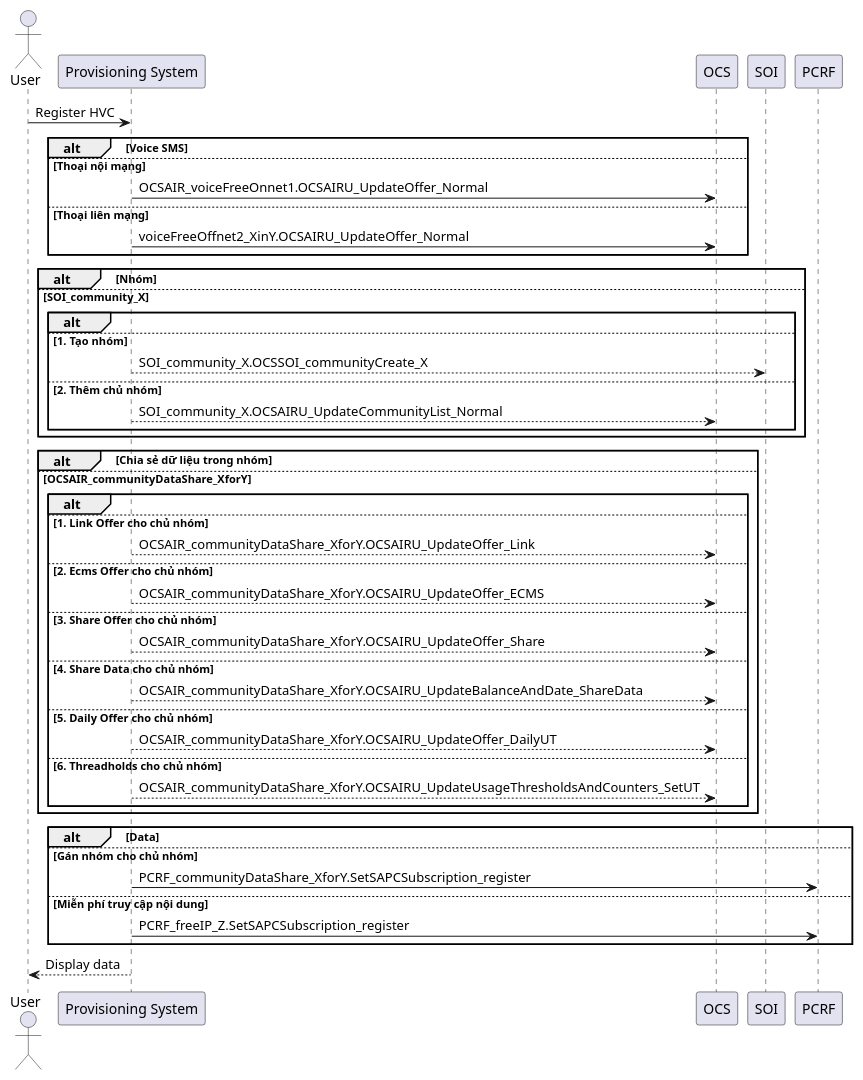
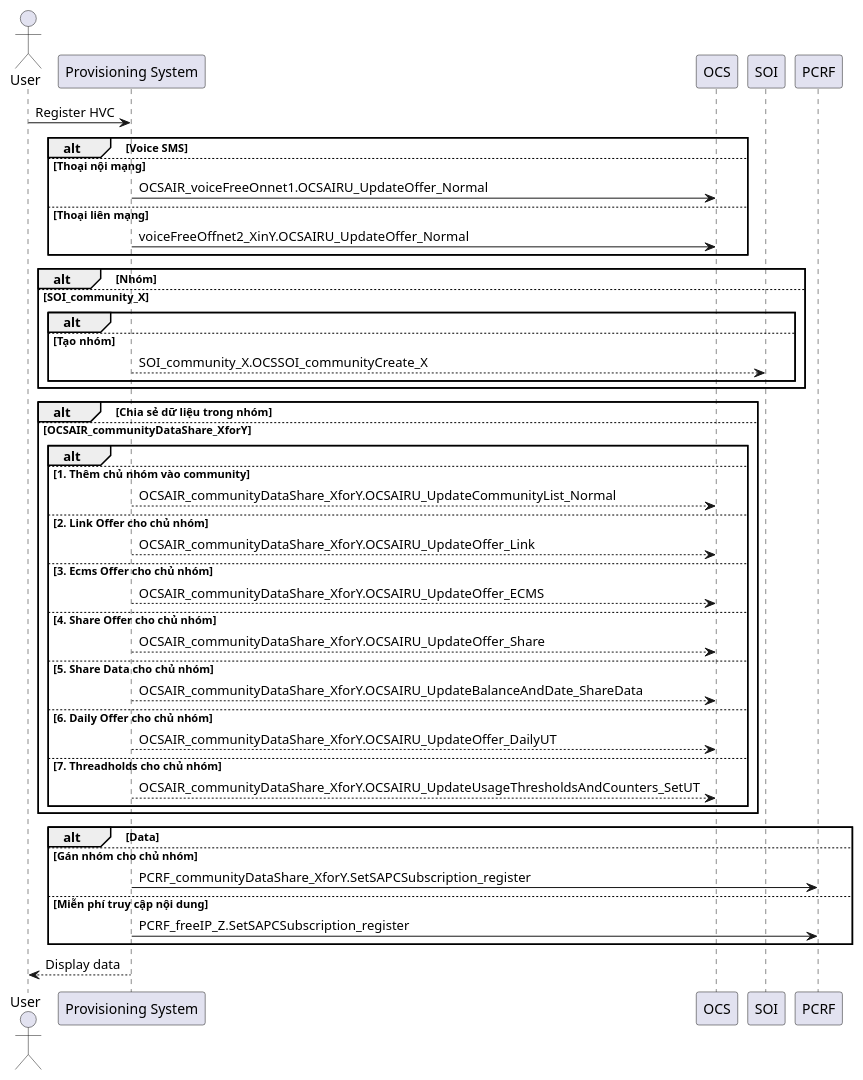
One commit to thuannc/repo changed the diagram in Spec/vip199_register.puml. Above: the diagram before and after it, drawn with PlantUML.

```diff
--- a/Spec/vip199_register.puml
+++ b/Spec/vip199_register.puml
@@ -1,53 +1,53 @@
 @startuml
 actor User
 participant "Provisioning System" as pro
 participant "OCS" as ocs
 participant "SOI" as soi
 participant "PCRF" as pcrf
 
 User -> pro: Register HVC
 
 alt Voice SMS
 else Thoại nội mạng
 pro -> ocs: OCSAIR_voiceFreeOnnet1.OCSAIRU_UpdateOffer_Normal
 else Thoại liên mạng
 pro -> ocs: voiceFreeOffnet2_XinY.OCSAIRU_UpdateOffer_Normal
 end
 alt Nhóm
     else SOI_community_X
     alt
-        else 1. Tạo nhóm
+        else Tạo nhóm
             pro -->soi: SOI_community_X.OCSSOI_communityCreate_X
-        else 2. Thêm chủ nhóm
-            pro -->ocs: SOI_community_X.OCSAIRU_UpdateCommunityList_Normal
     end
 end
 
 alt Chia sẻ dữ liệu trong nhóm
 else OCSAIR_communityDataShare_XforY
     alt
-        else 1. Link Offer cho chủ nhóm
+        else 1. Thêm chủ nhóm vào community
+                pro -->ocs: OCSAIR_communityDataShare_XforY.OCSAIRU_UpdateCommunityList_Normal
+        else 2. Link Offer cho chủ nhóm
             pro -->ocs: OCSAIR_communityDataShare_XforY.OCSAIRU_UpdateOffer_Link
-        else 2. Ecms Offer cho chủ nhóm
+        else 3. Ecms Offer cho chủ nhóm
                 pro -->ocs: OCSAIR_communityDataShare_XforY.OCSAIRU_UpdateOffer_ECMS
-        else 3. Share Offer cho chủ nhóm
+        else 4. Share Offer cho chủ nhóm
             pro -->ocs: OCSAIR_communityDataShare_XforY.OCSAIRU_UpdateOffer_Share
-        else 4. Share Data cho chủ nhóm
+        else 5. Share Data cho chủ nhóm
                 pro -->ocs: OCSAIR_communityDataShare_XforY.OCSAIRU_UpdateBalanceAndDate_ShareData
-        else 5. Daily Offer cho chủ nhóm
+        else 6. Daily Offer cho chủ nhóm
             pro -->ocs: OCSAIR_communityDataShare_XforY.OCSAIRU_UpdateOffer_DailyUT
-        else 6. Threadholds cho chủ nhóm
+        else 7. Threadholds cho chủ nhóm
                 pro -->ocs: OCSAIR_communityDataShare_XforY.OCSAIRU_UpdateUsageThresholdsAndCounters_SetUT
 
     end
 end
 
 alt Data
 else Gán nhóm cho chủ nhóm
 pro -> pcrf: PCRF_communityDataShare_XforY.SetSAPCSubscription_register
 else Miễn phí truy cập nội dung
     pro -> pcrf: PCRF_freeIP_Z.SetSAPCSubscription_register
 end
 
 pro --> User: Display data
 @enduml
```
